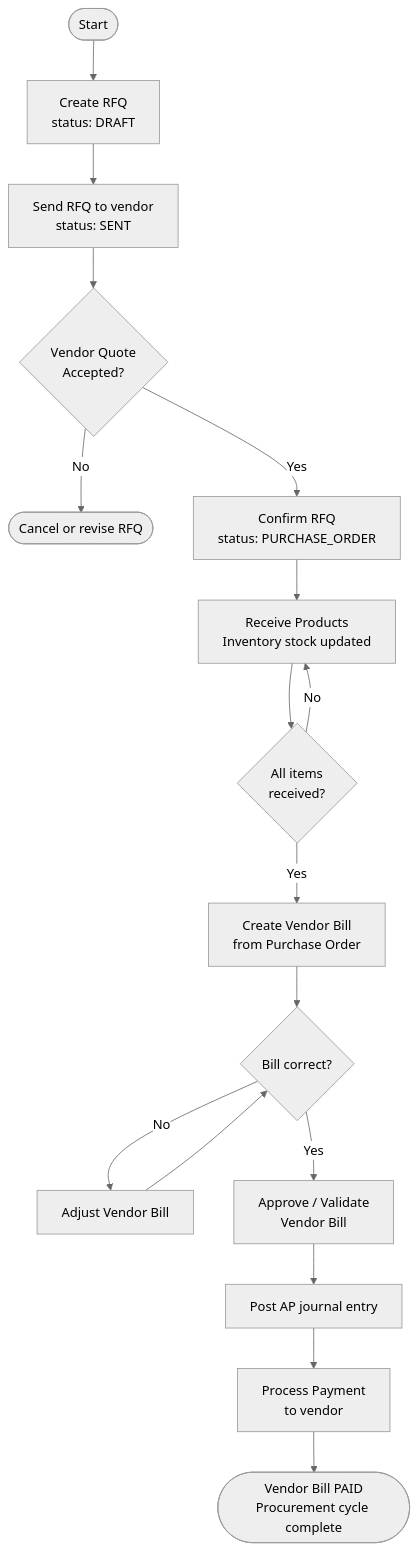
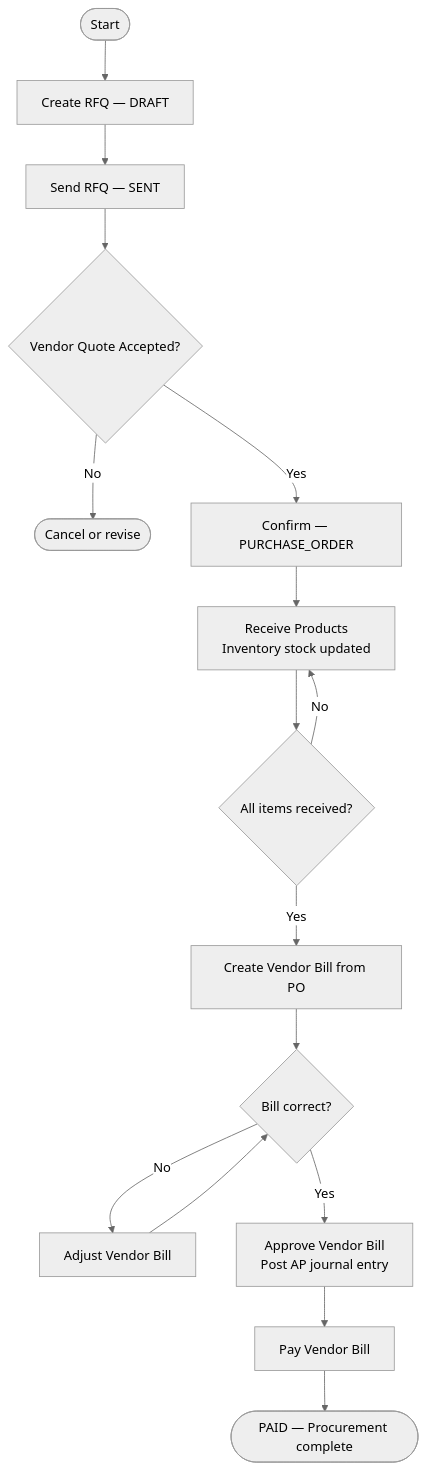
One commit to eliudm/ERP-SYSTEM changed the fourth of 7 diagrams in README.md. Above: the diagram before and after it, drawn with Mermaid (neutral theme). The commit also changed other lines of this file and 31 other files, not shown here.

````diff
--- a/README.md
+++ b/README.md
@@ -165,19 +733,18 @@
 ```mermaid
 flowchart TD
-    A([Start]) --> B[Create RFQ\nstatus: DRAFT]
-    B --> C[Send RFQ to vendor\nstatus: SENT]
-    C --> D{Vendor Quote\nAccepted?}
-    D -- No --> E([Cancel or revise RFQ])
-    D -- Yes --> F[Confirm RFQ\nstatus: PURCHASE_ORDER]
+    A([Start]) --> B[Create RFQ — DRAFT]
+    B --> C[Send RFQ — SENT]
+    C --> D{Vendor Quote Accepted?}
+    D -- No --> E([Cancel or revise])
+    D -- Yes --> F[Confirm — PURCHASE_ORDER]
     F --> G[Receive Products\nInventory stock updated]
-    G --> H{All items\nreceived?}
+    G --> H{All items received?}
     H -- No --> G
-    H -- Yes --> I[Create Vendor Bill\nfrom Purchase Order]
+    H -- Yes --> I[Create Vendor Bill from PO]
     I --> J{Bill correct?}
     J -- No --> K[Adjust Vendor Bill]
     K --> J
-    J -- Yes --> L[Approve / Validate\nVendor Bill]
-    L --> M[Post AP journal entry]
-    M --> N[Process Payment\nto vendor]
-    N --> O([Vendor Bill PAID\nProcurement cycle complete])
+    J -- Yes --> L[Approve Vendor Bill\nPost AP journal entry]
+    L --> M[Pay Vendor Bill]
+    M --> N([PAID — Procurement complete])
 ```
````
